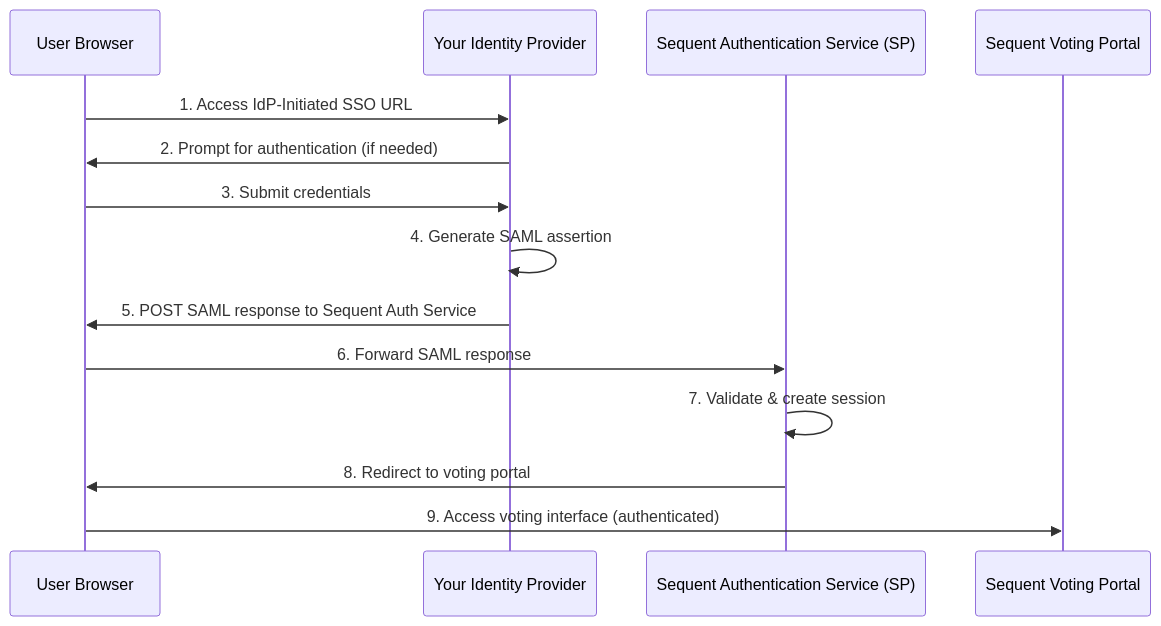
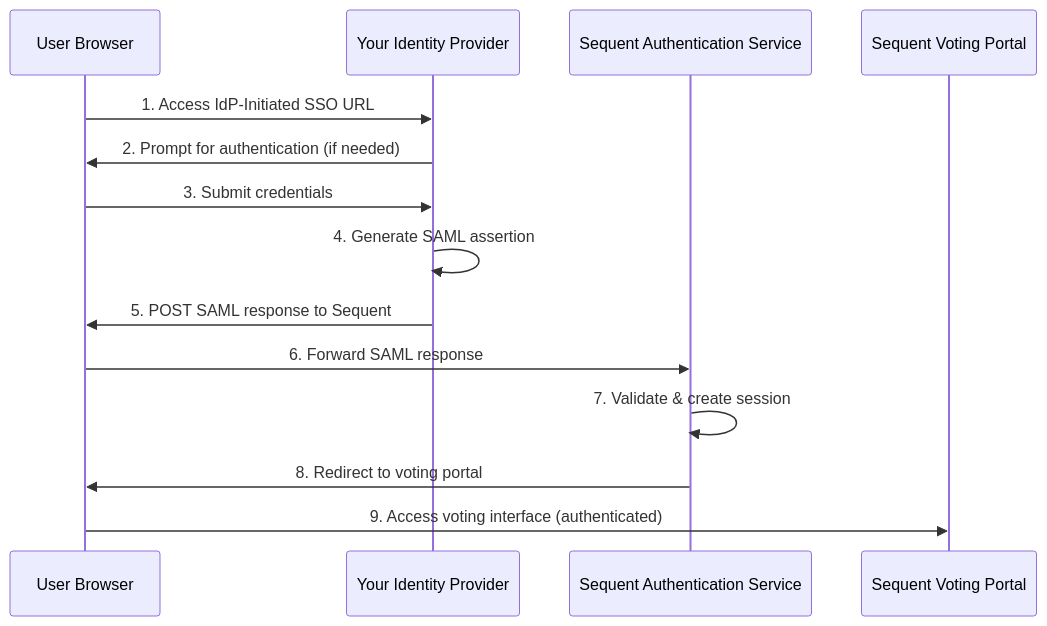
Before and after one commit to sequentech/step: the diagram in docs/docusaurus/docs/integrations/idp_initiated_sso_integration_guide.md, drawn with Mermaid. The commit also changed other lines of this file and 4 other files, not shown here.

````diff
--- a/docs/docusaurus/docs/integrations/idp_initiated_sso_integration_guide.md
+++ b/docs/docusaurus/docs/integrations/idp_initiated_sso_integration_guide.md
@@ -28,17 +28,17 @@
 ```mermaid
 sequenceDiagram
     participant User as User Browser
     participant YourIdP as Your Identity Provider
-    participant SequentAuth as Sequent Authentication Service (SP)
+    participant SequentAuth as Sequent Authentication Service
     participant VotingPortal as Sequent Voting Portal
 
     User->>YourIdP: 1. Access IdP-Initiated SSO URL
     YourIdP->>User: 2. Prompt for authentication (if needed)
     User->>YourIdP: 3. Submit credentials
     YourIdP->>YourIdP: 4. Generate SAML assertion
-    YourIdP->>User: 5. POST SAML response to Sequent Auth Service
+    YourIdP->>User: 5. POST SAML response to Sequent
     User->>SequentAuth: 6. Forward SAML response
     SequentAuth->>SequentAuth: 7. Validate & create session
     SequentAuth->>User: 8. Redirect to voting portal
     User->>VotingPortal: 9. Access voting interface (authenticated)
 ```
````
